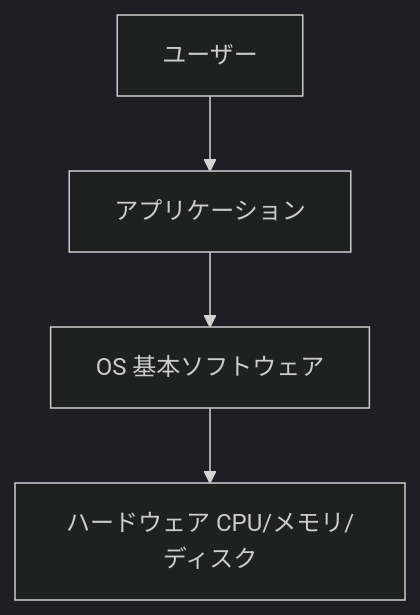
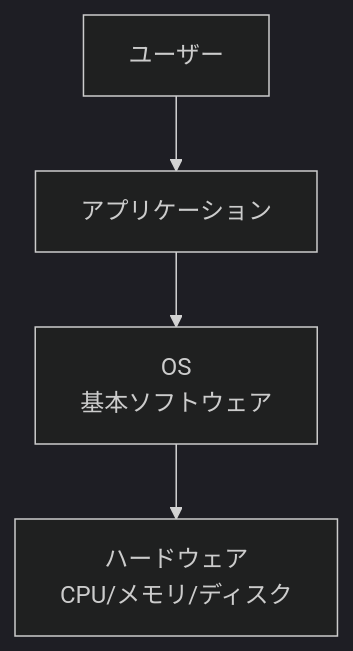
Before and after one commit to x86-unix/docs: the second of 18 diagrams in training/basics.md, drawn with Mermaid (dark theme). The commit also changed other lines of this file, not shown here.

````diff
--- a/training/basics.md
+++ b/training/basics.md
@@ -174,6 +105,6 @@
 ```mermaid
 graph TB
     User[ユーザー] --> App[アプリケーション]
-    App --> OS["OS 基本ソフトウェア"]
-    OS --> HW["ハードウェア CPU/メモリ/ディスク"]
+    App --> OS[OS<br/>基本ソフトウェア]
+    OS --> HW[ハードウェア<br/>CPU/メモリ/ディスク]
 ```
````
